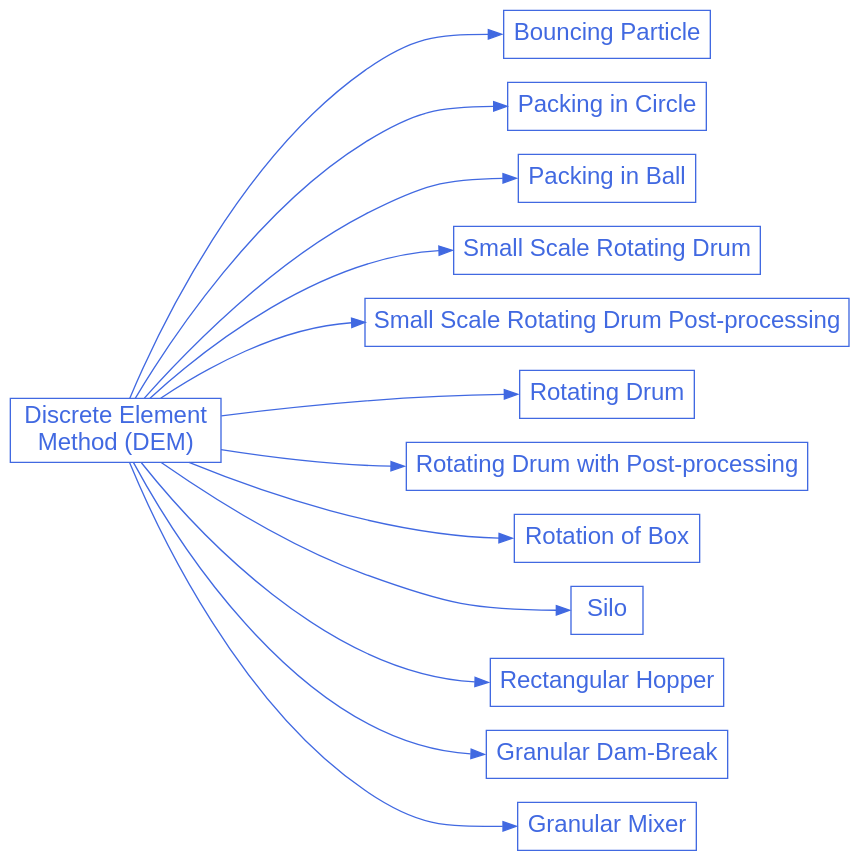
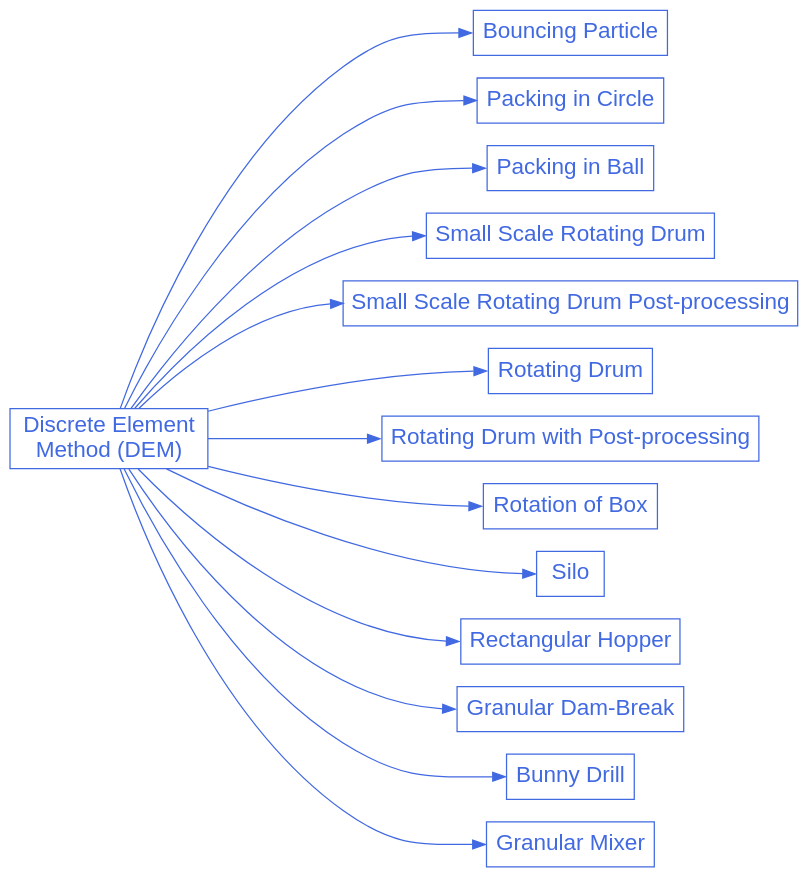
The diagram in doc/source/examples/dem/dem.rst (chaos-polymtl/lethe), drawn with Graphviz before and after one commit. The commit also changed other lines of this file and 1 other file, not shown here.

Commit message:
Finish bunny drill example

```diff
--- a/doc/source/examples/dem/dem.rst
+++ b/doc/source/examples/dem/dem.rst
@@ -25,48 +26,53 @@
 .. graphviz:: 
 
     digraph dem_diagram {
       graph [bgcolor="transparent", align=true, ranksep=1.5];
       node [fontname=Arial, fontsize=18, shape=box, fontcolor=royalblue, color=royalblue];
       edge [color=royalblue];
       rankdir="LR";
       size = "9,9";
       
       dem [label="Discrete Element \nMethod (DEM)", href="https://lethe-cfd.github.io/lethe/examples/dem/dem.html"];
 
       dem_1 [label="Bouncing Particle", href="https://lethe-cfd.github.io/lethe/examples/dem/bouncing-particle/bouncing-particle.html"];
 
       dem_2 [label="Packing in Circle", href="https://lethe-cfd.github.io/lethe/examples/dem/packing-in-circle/packing-in-circle.html"];
 
       dem_3 [label="Packing in Ball", href="https://lethe-cfd.github.io/lethe/examples/dem/packing-in-ball/packing-in-ball.html"];
 
       dem_4 [label="Small Scale Rotating Drum", href="https://lethe-cfd.github.io/lethe/examples/dem/small-scale-rotating-drum/small-scale-rotating-drum.html"];
     
       dem_5 [label="Small Scale Rotating Drum Post-processing", href="https://lethe-cfd.github.io/lethe/examples/dem/small-scale-rotating-drum-post-processing/small-scale-rotating-drum-post-processing.html"];
 
       dem_6 [label="Rotating Drum", href="https://lethe-cfd.github.io/lethe/examples/dem/rotating-drum/rotating-drum.html"];
 
       dem_7 [label="Rotating Drum with Post-processing", href="https://lethe-cfd.github.io/lethe/examples/dem/rotating-drum-with-post-processing/rotating-drum-with-post-processing.html"];
 
       dem_8 [label="Rotation of Box", href="https://lethe-cfd.github.io/lethe/examples/dem/rotation-of-box/rotation-of-box.html"];
 
       dem_9 [label="Silo", href="https://lethe-cfd.github.io/lethe/examples/dem/silo/silo.html"]; 
 
       dem_10 [label="Rectangular Hopper", href="https://lethe-cfd.github.io/lethe/examples/dem/rectangular-hopper/rectangular-hopper.html"];
 
       dem_11 [label="Granular Dam-Break", href="https://lethe-cfd.github.io/lethe/examples/dem/granular-dam-break/granular-dam-break.html"];
 
-      dem_12 [label="Granular Mixer", href="https://lethe-cfd.github.io/lethe/examples/dem/granular-mixer/granular-mixer.html"];
+      dem_12 [label="Bunny Drill", href="https://lethe-cfd.github.io/lethe/examples/dem/bunny-drill/bunny-drill.html"];
+
+      dem_13 [label="Granular Mixer", href="https://lethe-cfd.github.io/lethe/examples/dem/granular-mixer/granular-mixer.html"];
+
+      
 
       dem -> dem_1:w;
       dem -> dem_2:w;
       dem -> dem_3:w;
       dem -> dem_4:w;
       dem -> dem_5:w;
       dem -> dem_6:w;
       dem -> dem_7:w;
       dem -> dem_8:w;
       dem -> dem_9:w;
       dem -> dem_10:w;
       dem -> dem_11:w;
       dem -> dem_12:w;
+      dem -> dem_13:w;
     }
```
